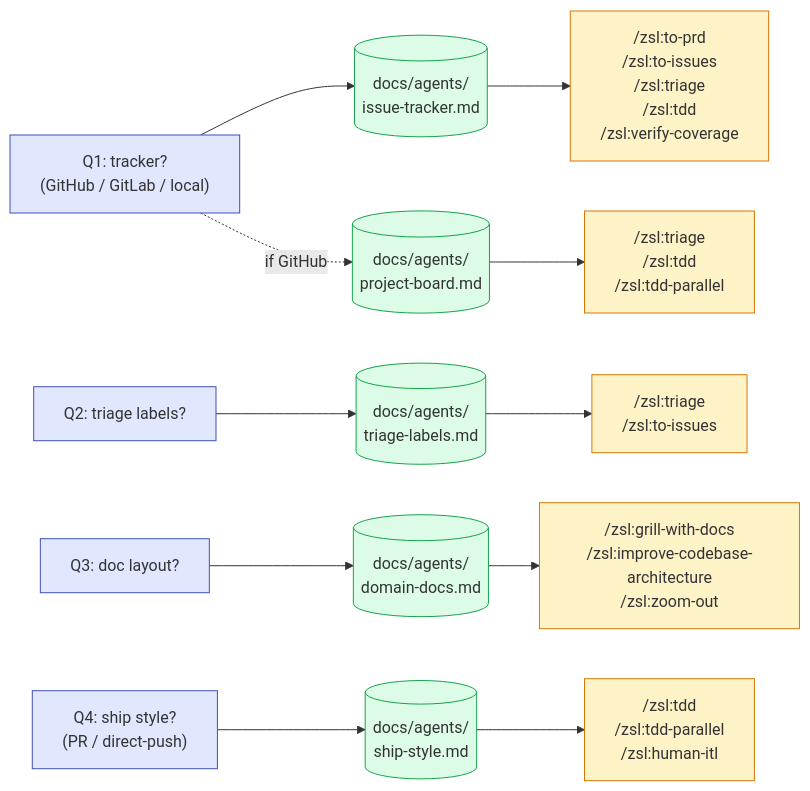
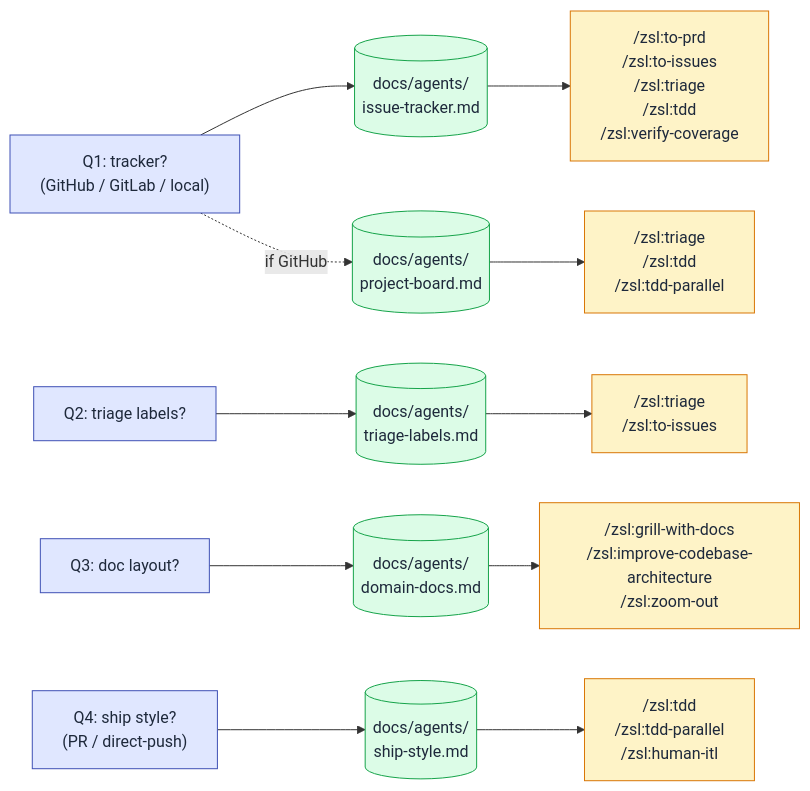
One commit to ZunoSmartLabs/zsl-superpowers changed the diagram in docs/setup.md. Above: the diagram before and after it, drawn with Mermaid. The commit also changed 8 other files, not shown here.

First line of the commit message:
docs(remote-agents): add scheduling rationale + fix dark-mode diagram text

````diff
--- a/docs/setup.md
+++ b/docs/setup.md
@@ -16,21 +16,21 @@
 ```mermaid
 flowchart LR
     q1["Q1: tracker?<br/>(GitHub / GitLab / local)"] --> tracker[("docs/agents/<br/>issue-tracker.md")]
     q2["Q2: triage labels?"] --> labels[("docs/agents/<br/>triage-labels.md")]
     q3["Q3: doc layout?"] --> domain[("docs/agents/<br/>domain-docs.md")]
     q4["Q4: ship style?<br/>(PR / direct-push)"] --> ship[("docs/agents/<br/>ship-style.md")]
     q1 -.->|"if GitHub"| board[("docs/agents/<br/>project-board.md")]
 
     tracker --> tracker_users["/zsl:to-prd<br/>/zsl:to-issues<br/>/zsl:triage<br/>/zsl:tdd<br/>/zsl:verify-coverage"]
     labels --> label_users["/zsl:triage<br/>/zsl:to-issues"]
     domain --> domain_users["/zsl:grill-with-docs<br/>/zsl:improve-codebase-architecture<br/>/zsl:zoom-out"]
     ship --> ship_users["/zsl:tdd<br/>/zsl:tdd-parallel<br/>/zsl:human-itl"]
     board --> board_users["/zsl:triage<br/>/zsl:tdd<br/>/zsl:tdd-parallel"]
 
-    classDef input fill:#e0e7ff,stroke:#3f51b5;
-    classDef output fill:#dcfce7,stroke:#16a34a;
-    classDef consumer fill:#fef3c7,stroke:#d97706;
+    classDef input fill:#e0e7ff,stroke:#3f51b5,color:#1e293b;
+    classDef output fill:#dcfce7,stroke:#16a34a,color:#1e293b;
+    classDef consumer fill:#fef3c7,stroke:#d97706,color:#1e293b;
     class q1,q2,q3,q4 input;
     class tracker,labels,domain,ship,board output;
     class tracker_users,label_users,domain_users,ship_users,board_users consumer;
 ```
````
